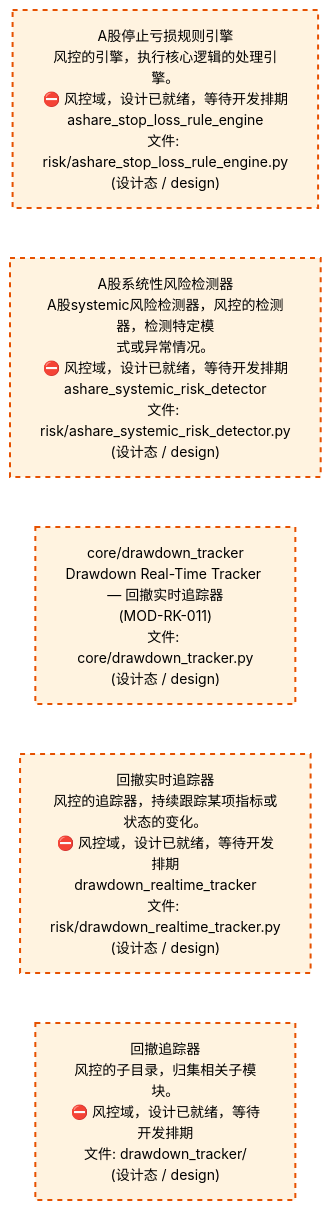
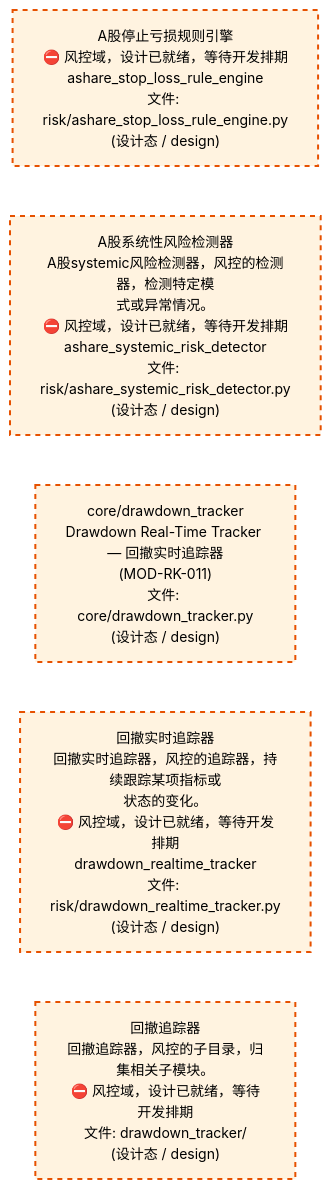
One commit to xuanFelixVan/ZephyrAlpha changed the third of 4 diagrams in docs/02_enterprise_architecture/02_domain_architecture_docs/65_d_risk.md. Above: the diagram before and after it, drawn with Mermaid. The commit also changed other lines of this file and 56 other files, not shown here.

````diff
--- a/docs/02_enterprise_architecture/02_domain_architecture_docs/65_d_risk.md
+++ b/docs/02_enterprise_architecture/02_domain_architecture_docs/65_d_risk.md
@@ -185,18 +185,18 @@
 ```mermaid
 %%{init: {'theme': 'base', 'themeVariables': {'primaryColor': '#eaeaea', 'primaryTextColor': '#333333', 'primaryBorderColor': '#666666', 'lineColor': '#666666', 'secondaryColor': '#eaeaea', 'tertiaryColor': '#eaeaea', 'fontSize': '14px'}}}%%
 flowchart TD
-    src_zephyr_risk_ashare_stop_loss_rule_engine_py["A股停止亏损规则引擎<br/>风控的引擎，执行核心逻辑的处理引擎。<br/>⛔ 风控域，设计已就绪，等待开发排期<br/>ashare_stop_loss_rule_engine<br/>文件: risk/ashare_stop_loss_rule_engine.py<br/>(设计态 / design)"]
+    src_zephyr_risk_ashare_stop_loss_rule_engine_py["A股停止亏损规则引擎<br/>⛔ 风控域，设计已就绪，等待开发排期<br/>ashare_stop_loss_rule_engine<br/>文件: risk/ashare_stop_loss_rule_engine.py<br/>(设计态 / design)"]
     src_zephyr_risk_ashare_systemic_risk_detector_py["A股系统性风险检测器<br/>A股systemic风险检测器，风控的检测器，检测特定模<br/>式或异常情况。<br/>⛔ 风控域，设计已就绪，等待开发排期<br/>ashare_systemic_risk_detector<br/>文件: risk/ashare_systemic_risk_detector.py<br/>(设计态 / design)"]
     src_zephyr_risk_core_drawdown_tracker_py["core/drawdown_tracker<br/>Drawdown Real-Time Tracker — 回撤实时追踪器<br/>(MOD-RK-011)<br/>文件: core/drawdown_tracker.py<br/>(设计态 / design)"]
-    src_zephyr_risk_drawdown_realtime_tracker_py["回撤实时追踪器<br/>风控的追踪器，持续跟踪某项指标或状态的变化。<br/>⛔ 风控域，设计已就绪，等待开发排期<br/>drawdown_realtime_tracker<br/>文件: risk/drawdown_realtime_tracker.py<br/>(设计态 / design)"]
-    src_zephyr_risk_drawdown_tracker["回撤追踪器<br/>风控的子目录，归集相关子模块。<br/>⛔ 风控域，设计已就绪，等待开发排期<br/>文件: drawdown_tracker/<br/>(设计态 / design)"]
+    src_zephyr_risk_drawdown_realtime_tracker_py["回撤实时追踪器<br/>回撤实时追踪器，风控的追踪器，持续跟踪某项指标或<br/>状态的变化。<br/>⛔ 风控域，设计已就绪，等待开发排期<br/>drawdown_realtime_tracker<br/>文件: risk/drawdown_realtime_tracker.py<br/>(设计态 / design)"]
+    src_zephyr_risk_drawdown_tracker["回撤追踪器<br/>回撤追踪器，风控的子目录，归集相关子模块。<br/>⛔ 风控域，设计已就绪，等待开发排期<br/>文件: drawdown_tracker/<br/>(设计态 / design)"]
     src_zephyr_risk_ashare_stop_loss_rule_engine_py ~~~ src_zephyr_risk_ashare_systemic_risk_detector_py
     src_zephyr_risk_ashare_systemic_risk_detector_py ~~~ src_zephyr_risk_core_drawdown_tracker_py
     src_zephyr_risk_core_drawdown_tracker_py ~~~ src_zephyr_risk_drawdown_realtime_tracker_py
     src_zephyr_risk_drawdown_realtime_tracker_py ~~~ src_zephyr_risk_drawdown_tracker
     classDef production fill:#e1f5fe,stroke:#01579b,stroke-width:2px,color:#000
     classDef design fill:#fff3e0,stroke:#e65100,stroke-width:2px,color:#000,stroke-dasharray: 5 5
     classDef external_prod fill:#e8f4fd,stroke:#0277bd,stroke-width:1px,color:#000
     classDef external_design fill:#fff8e7,stroke:#ef6c00,stroke-width:1px,color:#000,stroke-dasharray: 5 5
     class src_zephyr_risk_ashare_stop_loss_rule_engine_py,src_zephyr_risk_ashare_systemic_risk_detector_py,src_zephyr_risk_core_drawdown_tracker_py,src_zephyr_risk_drawdown_realtime_tracker_py,src_zephyr_risk_drawdown_tracker design
 ```
````
